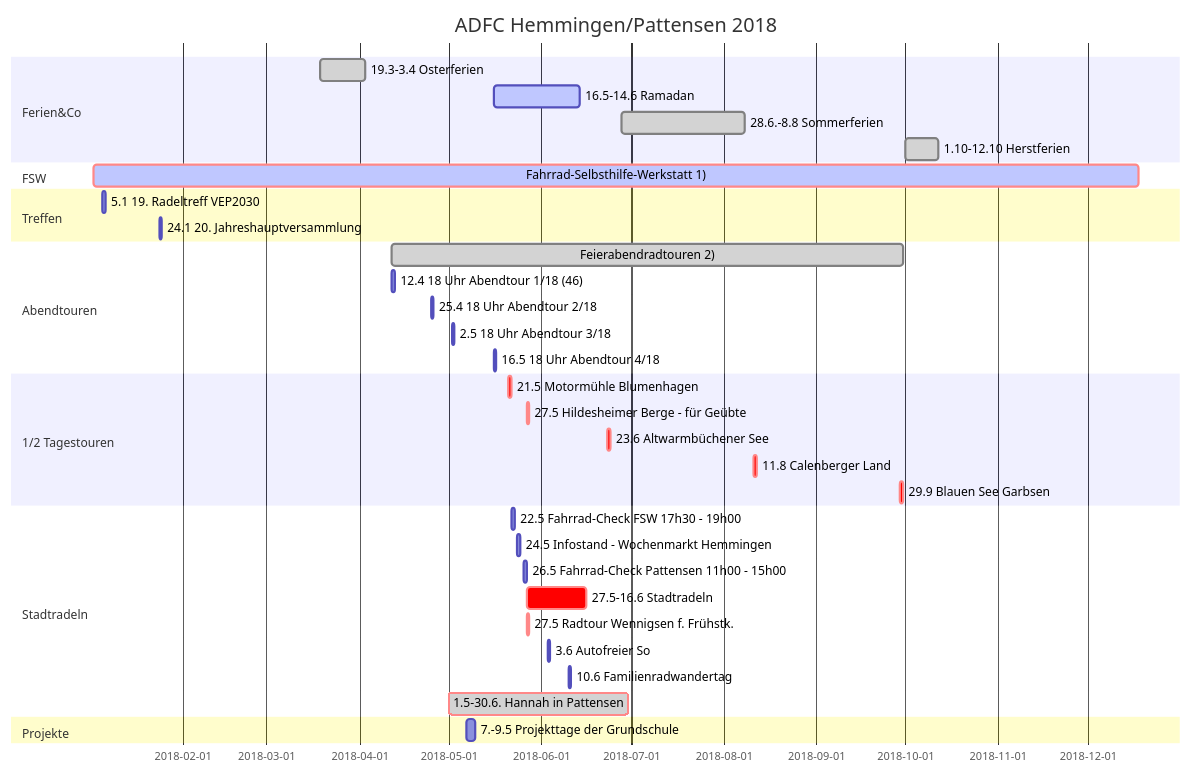
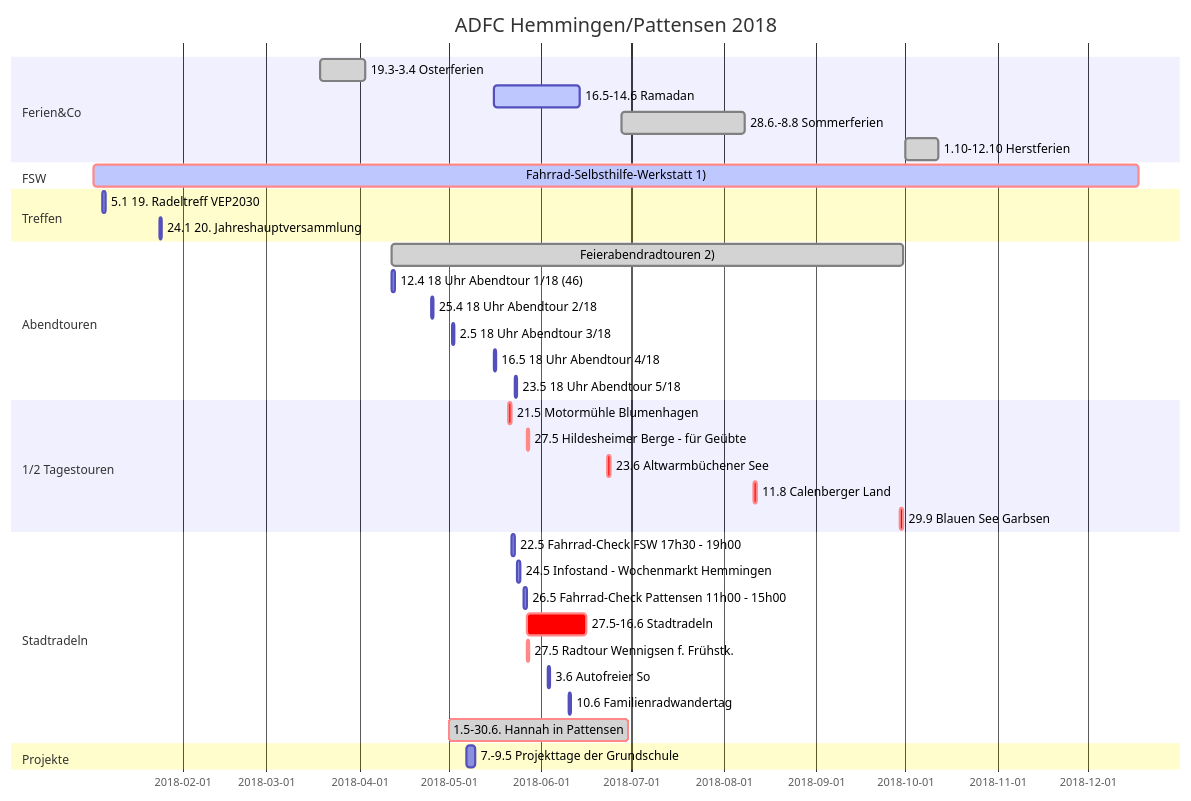
One commit to adfc-hemmingen-pattensen/adfc-hemmingen-pattensen.github.io changed the diagram in index.md. Above: the diagram before and after it, drawn with Mermaid. The commit also changed other lines of this file and 2 other files, not shown here.

````diff
--- a/index.md
+++ b/index.md
@@ -122,46 +115,47 @@
 ```mermaid
 gantt
   title ADFC Hemmingen/Pattensen 2018
   dateFormat  DD.MM.YY
 
 section Ferien&Co
   19.3-3.4 Osterferien                        :done,        19.03.18, 03.04.18
   16.5-14.6  Ramadan                          :active,done, 16.05.18, 14.06.18
   28.6.-8.8 Sommerferien                      :done,        28.06.18, 08.08.18
   1.10-12.10 Herstferien                      :done,        01.10.18, 12.10.18
 
 section FSW
   Fahrrad-Selbsthilfe-Werkstatt 1)            :crit,active, 02.01.18, 18.12.18
 
 section Treffen
   5.1 19. Radeltreff VEP2030        : 05.01.18, 1d
   24.1 20. Jahreshauptversammlung   : 24.01.18, 1d
 
 section Abendtouren
   Feierabendradtouren 2)        :done, 12.04.18, 30.09.18
 12.4 18 Uhr Abendtour 1/18 (46) : 12.04.18,1d
 25.4 18 Uhr Abendtour 2/18    : 25.04.18,1d
 2.5 18 Uhr Abendtour 3/18     : 02.05.18,1d
 16.5 18 Uhr Abendtour 4/18     : 16.05.18,1d
+23.5 18 Uhr Abendtour 5/18      : 23.05.18,1d
 
 section 1/2 Tagestouren
   21.5 Motormühle Blumenhagen   :crit, 21.05.18,1d
   27.5 Hildesheimer Berge - für Geübte :crit, 27.05.18, 1d
   23.6 Altwarmbüchener See      :crit, 23.06.18,1d
   11.8 Calenberger Land         :crit, 11.08.18,1d
   29.9 Blauen See Garbsen       :crit, 29.09.18,1d
 
 
 section Stadtradeln
   22.5 Fahrrad-Check FSW 17h30 - 19h00                     :             22.05.18, 1d
   24.5 Infostand - Wochenmarkt Hemmingen : 24.05.18,1d
   26.5 Fahrrad-Check Pattensen 11h00 - 15h00              :             26.05.18, 1d
   27.5-16.6 Stadtradeln                       : crit,       27.05.18, 16.06.18
   27.5 Radtour Wennigsen f. Frühstk.          : crit,       27.05.18, 1d
   3.6 Autofreier So                           :             03.06.18, 1d
   10.6 Familienradwandertag                   :             10.06.18, 1d
   1.5-30.6.  Hannah in Pattensen              :crit, done,  01.05.18, 30.06.18
 
 section Projekte
   7.-9.5 Projekttage der Grundschule      :07.05.18, 3d
 ```
````
